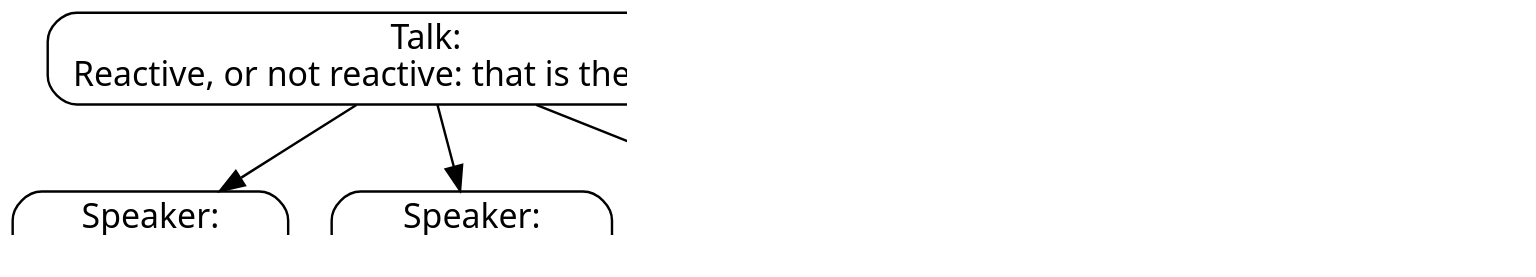
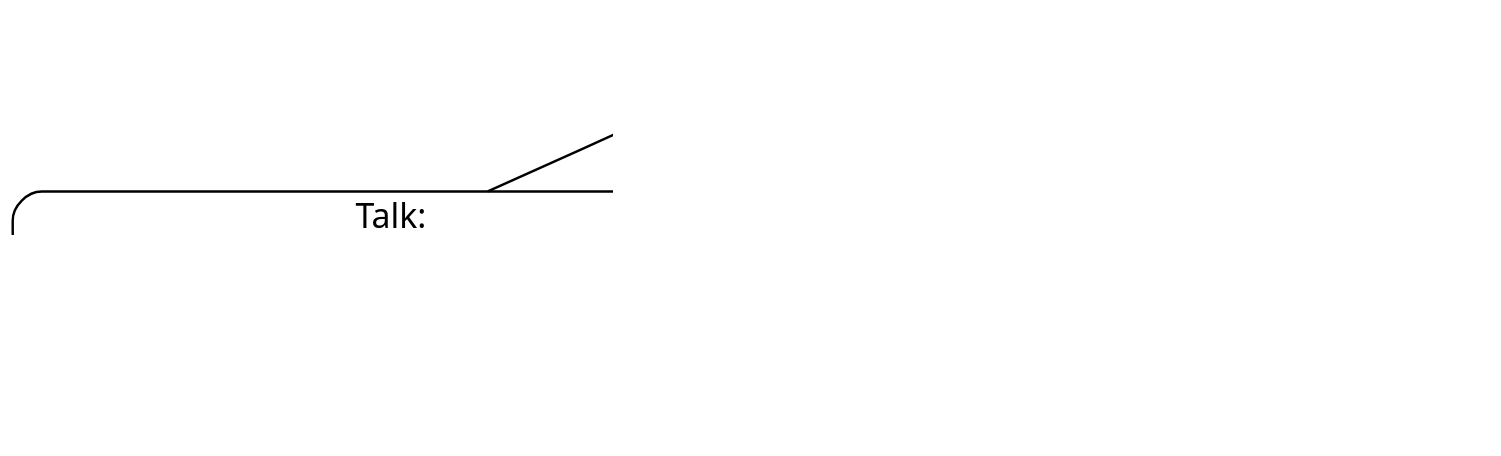
The seventh of 9 diagrams in src/main/asciidoc/lecture.adoc (inponomarev/tdktc-talk), drawn with Graphviz before and after one commit.

Commit message:
better diagram

```diff
--- a/src/main/asciidoc/lecture.adoc
+++ b/src/main/asciidoc/lecture.adoc
@@ -253,18 +253,18 @@
 [graphviz]
 ----
 digraph G {
 graph [fontname="Sans"; dpi = 180 ];
 node[fontname="Sans";shape="box";style="rounded"]
 Talk1[label="Talk:\nReactive, or not reactive: that is the question"]
 Talk2[label="Talk:\nDon't be Homer Simpson to your Reactor!"]
 Speaker1[label="Speaker:\nKirill Tolkachev"]
 Speaker2[label="Speaker:\nEvgeny Borisov"]
 Speaker3[label="Speaker:\nSergey Egorov"]
 Conference1[label="Conference:\nJPoint"]
 Talk1 -> Speaker1
 Talk1 -> Speaker2
-Talk1 -> Conference1
+Conference1 -> Talk1[dir=back]
 Talk2 -> Speaker3
-Talk2 -> Conference1
+Conference1 -> Talk2[dir=back]
 }
 ----
```
